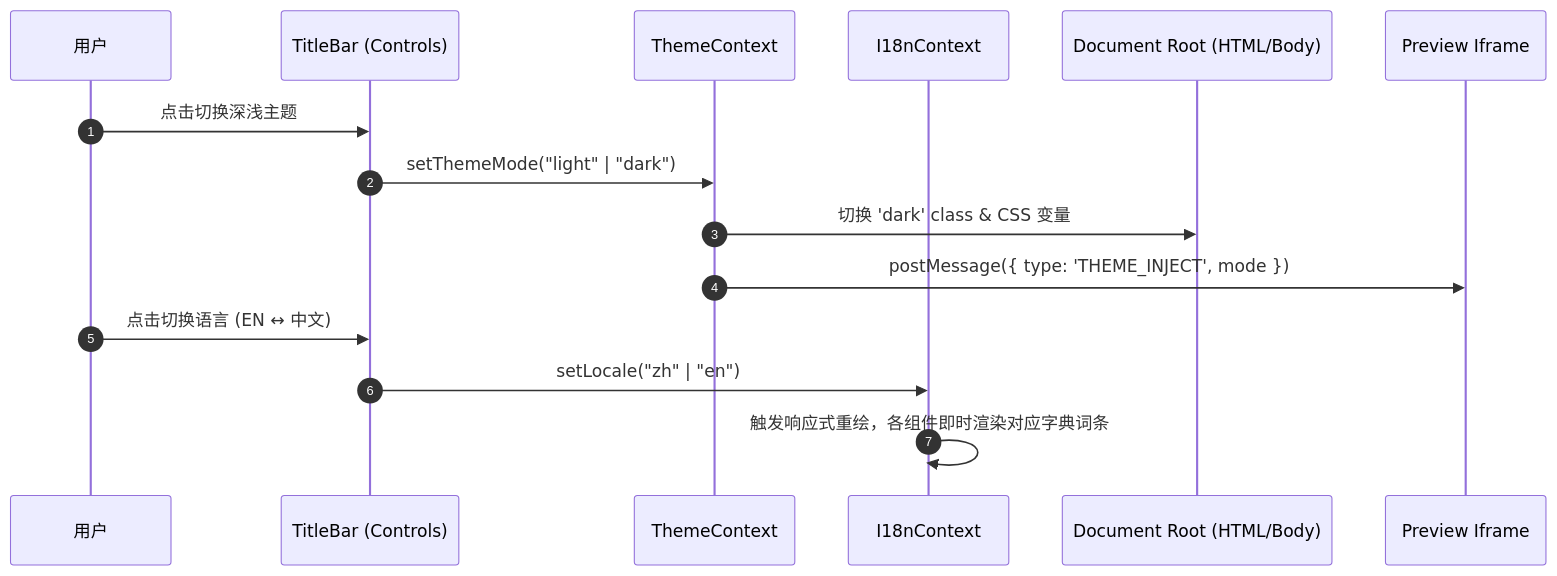
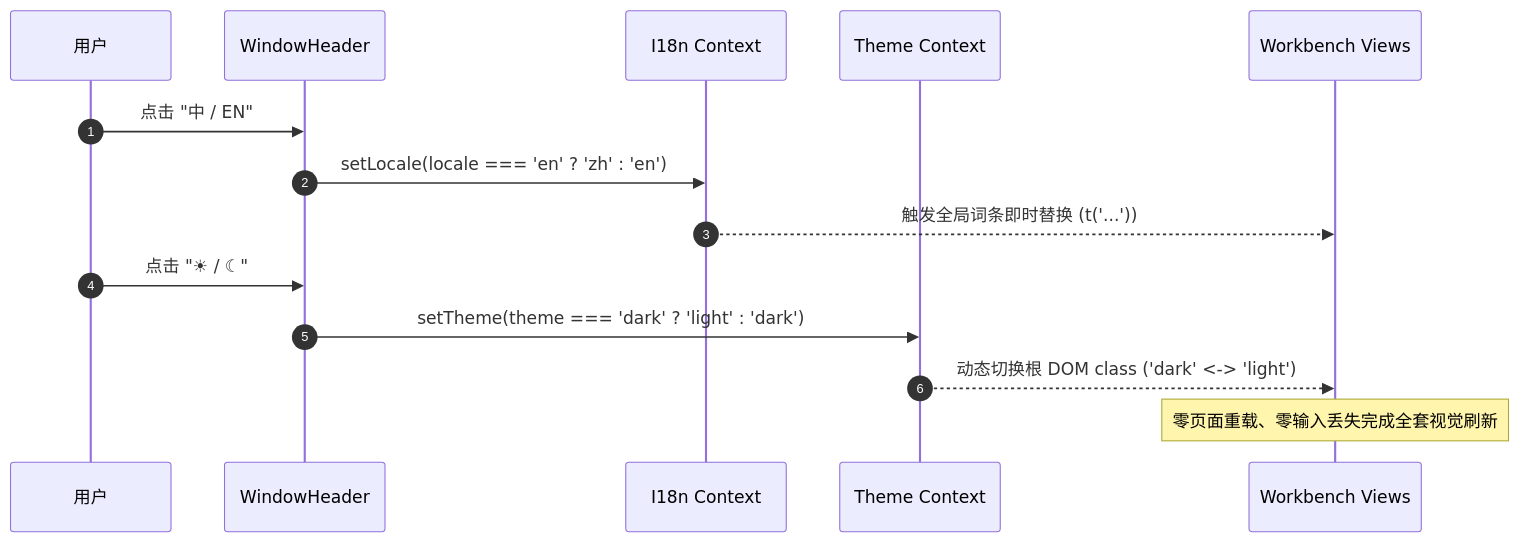
Before and after one commit to blue-idea/BuildUI: the second of 2 diagrams in docs/spec/versions/v6/design.md, drawn with Mermaid. The commit also changed other lines of this file and 6 other files, not shown here.

Commit message:
docs(spec): align v6 specifications with three-column macOS workbench, theme and i18n contracts

````diff
--- a/docs/spec/versions/v6/design.md
+++ b/docs/spec/versions/v6/design.md
@@ -67,19 +94,17 @@
 ```mermaid
 sequenceDiagram
     autonumber
     participant User as 用户
-    participant Toolbar as TitleBar (Controls)
-    participant ThemeCtx as ThemeContext
-    participant I18nCtx as I18nContext
-    participant DOM as Document Root (HTML/Body)
-    participant Preview as Preview Iframe
+    participant Header as WindowHeader
+    participant I18n as I18n Context
+    participant Theme as Theme Context
+    participant Views as Workbench Views
 
-    User->>Toolbar: 点击切换深浅主题
-    Toolbar->>ThemeCtx: setThemeMode("light" | "dark")
-    ThemeCtx->>DOM: 切换 'dark' class & CSS 变量
-    ThemeCtx->>Preview: postMessage({ type: 'THEME_INJECT', mode })
-
-    User->>Toolbar: 点击切换语言 (EN ↔ 中文)
-    Toolbar->>I18nCtx: setLocale("zh" | "en")
-    I18nCtx->>I18nCtx: 触发响应式重绘，各组件即时渲染对应字典词条
+    User->>Header: 点击 "中 / EN"
+    Header->>I18n: setLocale(locale === 'en' ? 'zh' : 'en')
+    I18n-->>Views: 触发全局词条即时替换 (t('...'))
+    User->>Header: 点击 "☀ / ☾"
+    Header->>Theme: setTheme(theme === 'dark' ? 'light' : 'dark')
+    Theme-->>Views: 动态切换根 DOM class ('dark' <-> 'light')
+    Note over Views: 零页面重载、零输入丢失完成全套视觉刷新
 ```
````
